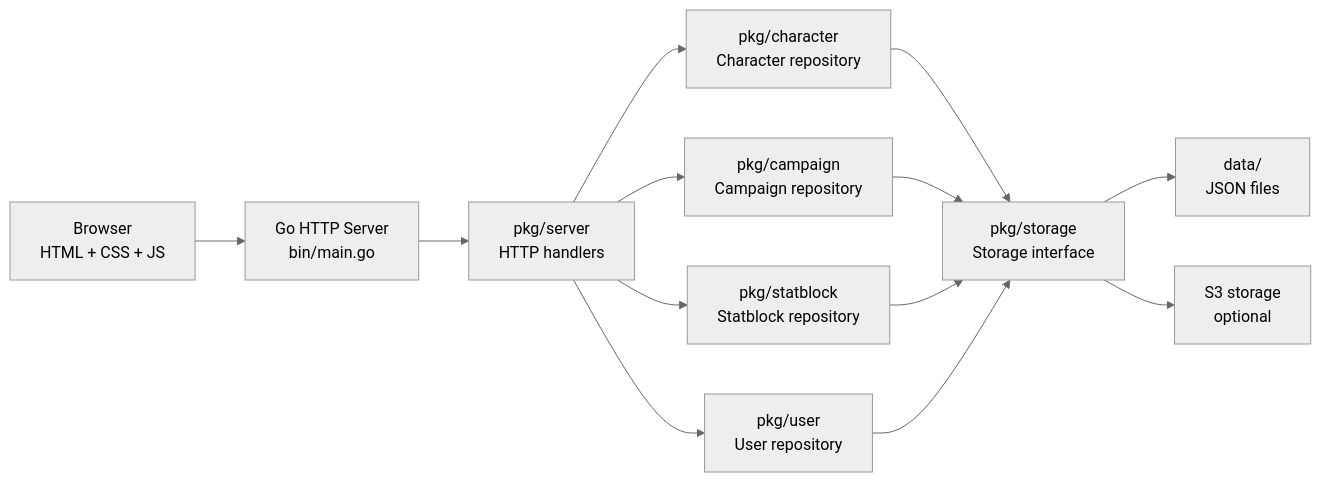
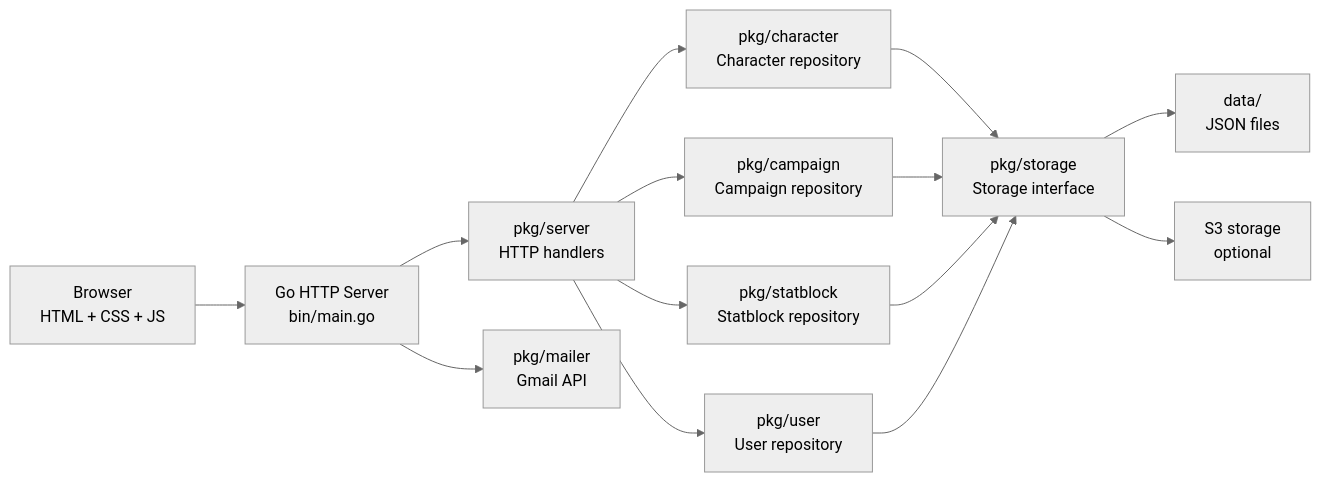
The first of 5 diagrams in README.md (adrianawolfie/mythical-blue-sheet), drawn with Mermaid (neutral theme) before and after one commit. The commit also changed other lines of this file and 94 other files, not shown here.

````diff
--- a/README.md
+++ b/README.md
@@ -9,15 +9,17 @@
 ```mermaid
 flowchart LR
   Browser[Browser\nHTML + CSS + JS] --> Server[Go HTTP Server\nbin/main.go]
   Server --> Handlers[pkg/server\nHTTP handlers]
   Handlers --> Character[pkg/character\nCharacter repository]
   Handlers --> Campaign[pkg/campaign\nCampaign repository]
   Handlers --> Statblock[pkg/statblock\nStatblock repository]
   Handlers --> User[pkg/user\nUser repository]
   Character --> Storage[pkg/storage\nStorage interface]
   Campaign --> Storage
   Statblock --> Storage
   User --> Storage
+  Server --> Gmail[pkg/mailer
+  Gmail API]
   Storage --> Local[data/\nJSON files]
   Storage --> S3[S3 storage\noptional]
 ```
````
